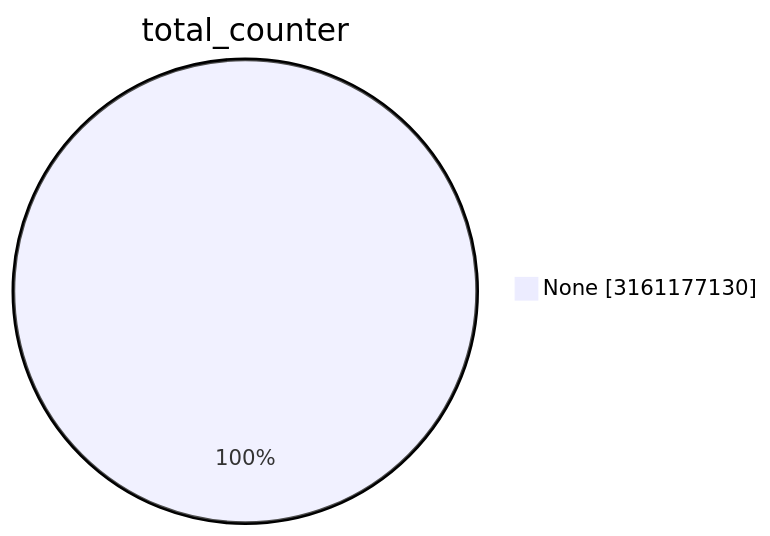
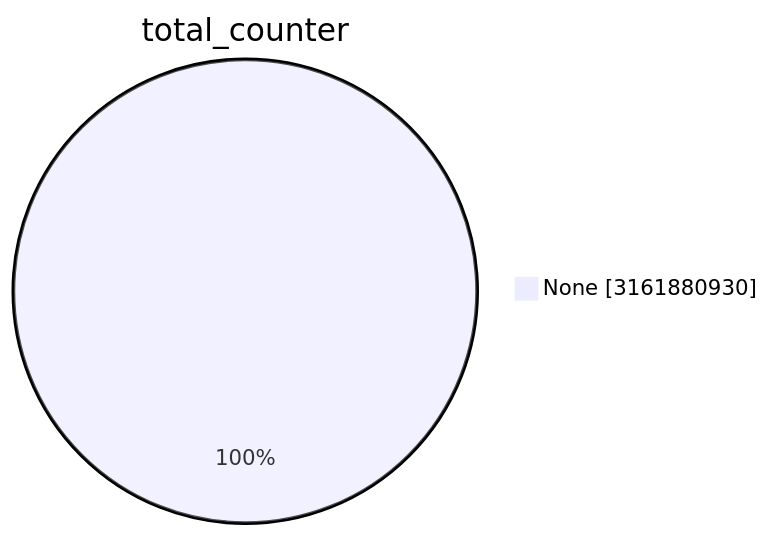
One commit to christiankrug/ctmonitor_visualization changed the first of 15 diagrams in TOTAL/README.md. Above: the diagram before and after it, drawn with Mermaid. The commit also changed other lines of this file, not shown here.

````diff
--- a/TOTAL/README.md
+++ b/TOTAL/README.md
@@ -1,5 +1,5 @@
 ```mermaid
 pie showData
 title total_counter
-"None" :3161177130
+"None" :3161880930
 ```
````
